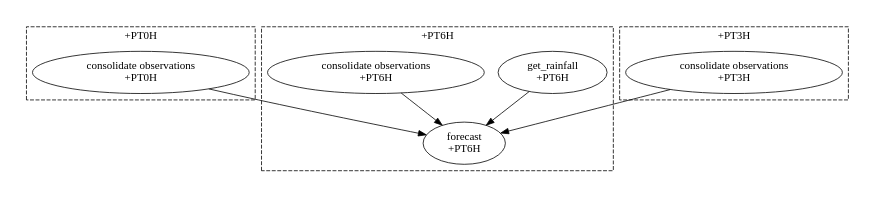
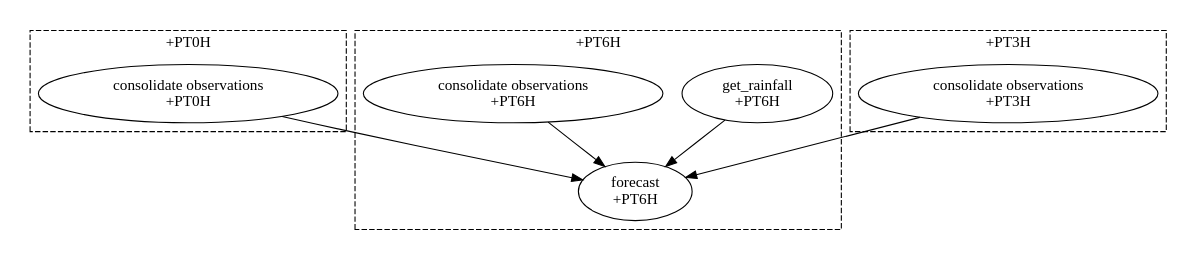
One commit to metomi/rose changed the second of 5 diagrams in sphinx/tutorial/cylc/scheduling/datetime-cycling.rst. Above: the diagram before and after it, drawn with Graphviz. The commit also changed other lines of this file and 11 other files, not shown here.

```diff
--- a/sphinx/tutorial/cylc/scheduling/datetime-cycling.rst
+++ b/sphinx/tutorial/cylc/scheduling/datetime-cycling.rst
@@ -293,29 +341,29 @@
 .. digraph:: example
    :align: center
 
-   size = "5,4"
+   size = "7,4"
 
    subgraph cluster_T00 {
        label="+PT0H"
        style="dashed"
        "observations.t00" [label="consolidate observations\n+PT0H"]
    }
 
    subgraph cluster_T03 {
        label="+PT3H"
        style="dashed"
        "observations.t03" [label="consolidate observations\n+PT3H"]
    }
 
    subgraph cluster_T06 {
        label="+PT6H"
        style="dashed"
        "forecast.t06" [label="forecast\n+PT6H"]
        "get_rainfall.t06" [label="get_rainfall\n+PT6H"]
        "observations.t06" [label="consolidate observations\n+PT6H"]
    }
 
    "observations.t00" -> "forecast.t06"
    "observations.t03" -> "forecast.t06"
    "observations.t06" -> "forecast.t06"
    "get_rainfall.t06" -> "forecast.t06"
```
